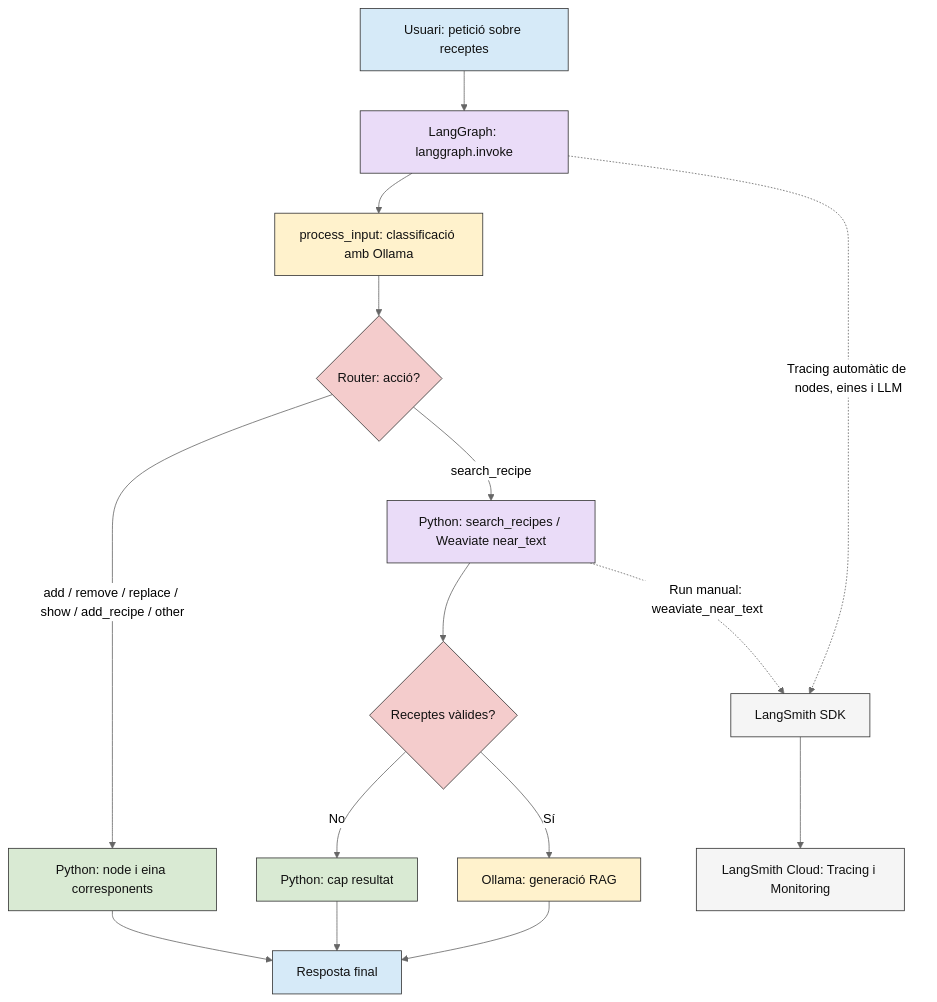
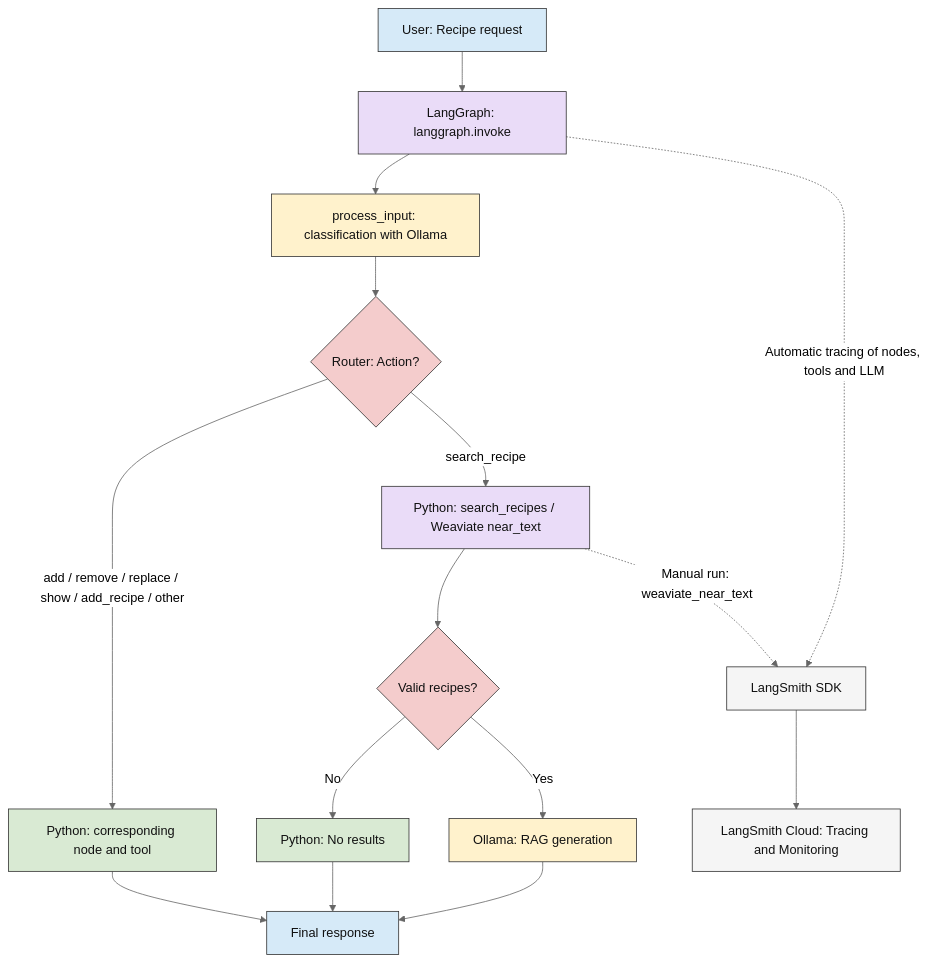
Before and after one commit to eetac/Visual_tools_for_AI: diagram 15 of 15 in AI_Observability/docs/08_examples.md, drawn with Mermaid (neutral theme). The commit also changed other lines of this file and 31 other files, not shown here.

````diff
--- a/AI_Observability/docs/08_examples.md
+++ b/AI_Observability/docs/08_examples.md
@@ -1772,30 +1772,30 @@
 ```mermaid
 flowchart TD
-    U["Usuari: petició sobre receptes"] --> G["LangGraph: langgraph.invoke"]
-    G --> P["process_input: classificació amb Ollama"]
-    P --> R{"Router: acció?"}
+    U["User: Recipe request"] --> G["LangGraph: langgraph.invoke"]
+    G --> P["process_input: classification with Ollama"]
+    P --> R{"Router: Action?"}
     R -->|search_recipe| W["Python: search_recipes / Weaviate near_text"]
-    W --> D{"Receptes vàlides?"}
-    D -->|Sí| L["Ollama: generació RAG"]
-    D -->|No| N["Python: cap resultat"]
-    R -->|add / remove / replace / show / add_recipe / other| T["Python: node i eina corresponents"]
-    L --> F["Resposta final"]
+    W --> D{"Valid recipes?"}
+    D -->|Yes| L["Ollama: RAG generation"]
+    D -->|No| N["Python: No results"]
+    R -->|add / remove / replace / show / add_recipe / other| T["Python: corresponding node and tool"]
+    L --> F["Final response"]
     N --> F
     T --> F
-    G -. "Tracing automàtic de nodes, eines i LLM" .-> S["LangSmith SDK"]
-    W -. "Run manual: weaviate_near_text" .-> S
-    S --> M["LangSmith Cloud: Tracing i Monitoring"]
+    G -. "Automatic tracing of nodes, tools and LLM" .-> S["LangSmith SDK"]
+    W -. "Manual run: weaviate_near_text" .-> S
+    S --> M["LangSmith Cloud: Tracing and Monitoring"]
     class U,F entrada
     class G,W servei
     class P,L llm
     class R,D decisio
     class N,T python
     class S,M opik
     classDef entrada fill:#D6EAF8,stroke:#333333,color:#111111
     classDef llm fill:#FFF2CC,stroke:#333333,color:#111111
     classDef python fill:#D9EAD3,stroke:#333333,color:#111111
     classDef decisio fill:#F4CCCC,stroke:#333333,color:#111111
     classDef servei fill:#EADCF8,stroke:#333333,color:#111111
     classDef agent fill:#FCE5CD,stroke:#333333,color:#111111
     classDef opik fill:#F5F5F5,stroke:#333333,color:#111111
 ```
````
